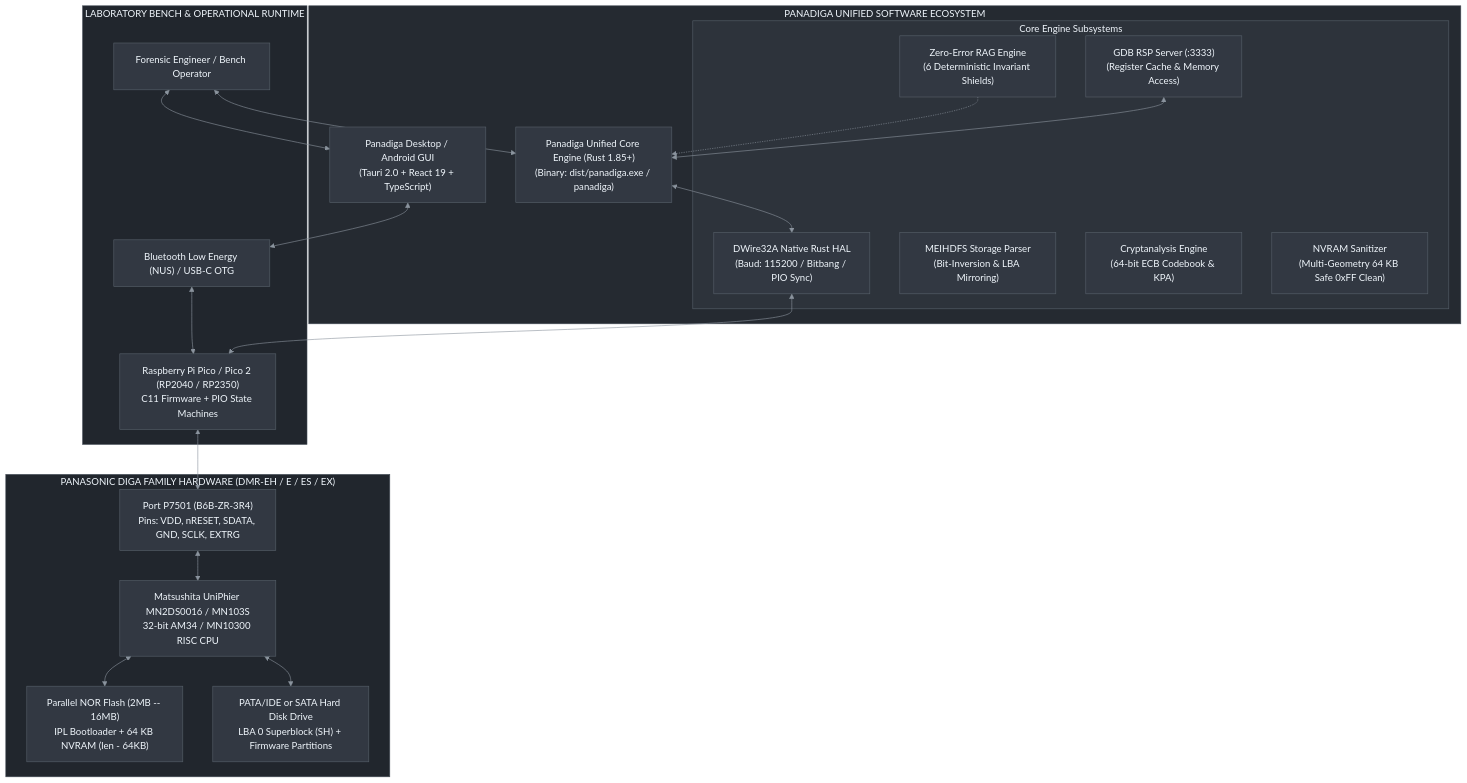
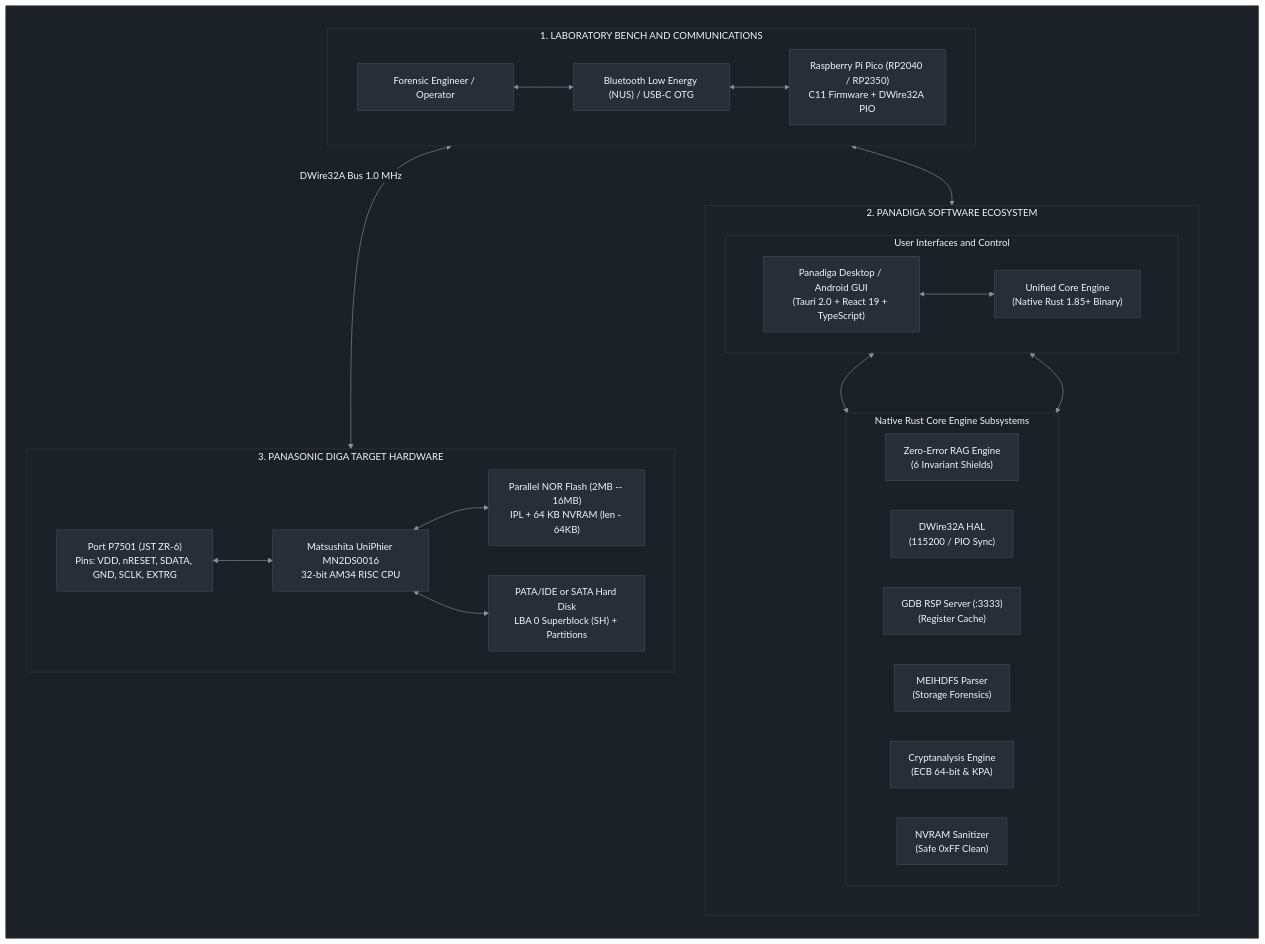
The diagram in README.md (danielchrono/Panadiga), drawn with Mermaid before and after one commit. The commit also changed 7 other files, not shown here.

Commit message:
style(docs): homogeneous grey mermaid canvas, neutral auditor naming, and file cleanups

````diff
--- a/README.md
+++ b/README.md
@@ -41,68 +41,77 @@
 ```mermaid
 %%{init: {
   'theme': 'base',
   'themeVariables': {
-    'background': '#21262d',
-    'primaryColor': '#2d333b',
+    'background': '#1c2128',
+    'primaryColor': '#282e37',
     'primaryTextColor': '#f0f6fc',
     'primaryBorderColor': '#444c56',
     'lineColor': '#8b949e',
     'secondaryColor': '#1c2128',
-    'tertiaryColor': '#252a31',
-    'clusterBkg': '#21262d',
-    'clusterBorder': '#444c56',
+    'tertiaryColor': '#1c2128',
+    'clusterBkg': '#1c2128',
+    'clusterBorder': '#30363d',
     'defaultLinkColor': '#8b949e',
     'titleColor': '#f0f6fc',
-    'edgeLabelBackground': '#21262d'
+    'edgeLabelBackground': '#1c2128'
   }
 }}%%
 flowchart TD
-    subgraph LAB_BENCH["LABORATORY BENCH & OPERATIONAL RUNTIME"]
-        USER["Forensic Engineer / Bench Operator"]
-        PICO["Raspberry Pi Pico / Pico 2 (RP2040 / RP2350)<br/>C11 Firmware + PIO State Machines"]
-        BLE["Bluetooth Low Energy (NUS) / USB-C OTG"]
+    subgraph MASTER[" "]
+        direction TB
+
+        subgraph LAB_BENCH["1. LABORATORY BENCH AND COMMUNICATIONS"]
+            direction LR
+            USER["Forensic Engineer / Operator"]
+            BLE["Bluetooth Low Energy (NUS) / USB-C OTG"]
+            PICO["Raspberry Pi Pico (RP2040 / RP2350)<br/>C11 Firmware + DWire32A PIO"]
+            USER <--> BLE <--> PICO
+        end
+
+        subgraph SOFTWARE_SUITE["2. PANADIGA SOFTWARE ECOSYSTEM"]
+            direction TB
+            subgraph UI_TIER["User Interfaces and Control"]
+                direction LR
+                GUI["Panadiga Desktop / Android GUI<br/>(Tauri 2.0 + React 19 + TypeScript)"]
+                CLI["Unified Core Engine<br/>(Native Rust 1.85+ Binary)"]
+                GUI <--> CLI
+            end
+
+            subgraph CORE_MODULES["Native Rust Core Engine Subsystems"]
+                direction LR
+                RAG["Zero-Error RAG Engine<br/>(6 Invariant Shields)"]
+                DW_HAL["DWire32A HAL<br/>(115200 / PIO Sync)"]
+                GDB_SRV["GDB RSP Server (:3333)<br/>(Register Cache)"]
+                MEIHDFS["MEIHDFS Parser<br/>(Storage Forensics)"]
+                CRYPTO["Cryptanalysis Engine<br/>(ECB 64-bit & KPA)"]
+                NVRAM["NVRAM Sanitizer<br/>(Safe 0xFF Clean)"]
+            end
+        end
+
+        subgraph TARGET_HARDWARE["3. PANASONIC DIGA TARGET HARDWARE"]
+            direction LR
+            P7501["Port P7501 (JST ZR-6)<br/>Pins: VDD, nRESET, SDATA, GND, SCLK, EXTRG"]
+            AM34["Matsushita UniPhier MN2DS0016<br/>32-bit AM34 RISC CPU"]
+            FLASH["Parallel NOR Flash (2MB -- 16MB)<br/>IPL + 64 KB NVRAM (len - 64KB)"]
+            HDD["PATA/IDE or SATA Hard Disk<br/>LBA 0 Superblock (SH) + Partitions"]
+            P7501 <--> AM34
+            AM34 <--> FLASH
+            AM34 <--> HDD
+        end
+
+        PICO <-->|"DWire32A Bus 1.0 MHz"| P7501
+        UI_TIER <--> CORE_MODULES
+        BLE <--> GUI
+        CLI <--> DW_HAL
     end
 
-    subgraph PANADIGA_SUITE["PANADIGA UNIFIED SOFTWARE ECOSYSTEM"]
-        GUI["Panadiga Desktop / Android GUI<br/>(Tauri 2.0 + React 19 + TypeScript)"]
-        CLI["Panadiga Unified Core Engine (Rust 1.85+)<br/>(Binary: dist/panadiga.exe / panadiga)"]
-        
-        subgraph CORE_MODULES["Core Engine Subsystems"]
-            RAG["Zero-Error RAG Engine<br/>(6 Deterministic Invariant Shields)"]
-            DW_HAL["DWire32A Native Rust HAL<br/>(Baud: 115200 / Bitbang / PIO Sync)"]
-            GDB_SRV["GDB RSP Server (:3333)<br/>(Register Cache & Memory Access)"]
-            MEIHDFS["MEIHDFS Storage Parser<br/>(Bit-Inversion & LBA Mirroring)"]
-            CRYPTO["Cryptanalysis Engine<br/>(64-bit ECB Codebook & KPA)"]
-            NVRAM["NVRAM Sanitizer<br/>(Multi-Geometry 64 KB Safe 0xFF Clean)"]
-        end
-    end
+    style MASTER fill:#1c2128,stroke:#30363d,stroke-width:1px
+    style LAB_BENCH fill:#1c2128,stroke:#30363d,stroke-width:1px,color:#f0f6fc
+    style SOFTWARE_SUITE fill:#1c2128,stroke:#30363d,stroke-width:1px,color:#f0f6fc
+    style UI_TIER fill:#1c2128,stroke:#30363d,stroke-width:1px,color:#f0f6fc
+    style CORE_MODULES fill:#1c2128,stroke:#30363d,stroke-width:1px,color:#f0f6fc
+    style TARGET_HARDWARE fill:#1c2128,stroke:#30363d,stroke-width:1px,color:#f0f6fc
 
-    subgraph TARGET_HARDWARE["PANASONIC DIGA FAMILY HARDWARE (DMR-EH / E / ES / EX)"]
-        P7501["Port P7501 (B6B-ZR-3R4)<br/>Pins: VDD, nRESET, SDATA, GND, SCLK, EXTRG"]
-        AM34["Matsushita UniPhier MN2DS0016 / MN103S<br/>32-bit AM34 / MN10300 RISC CPU"]
-        FLASH["Parallel NOR Flash (2MB -- 16MB)<br/>IPL Bootloader + 64 KB NVRAM (len - 64KB)"]
-        HDD["PATA/IDE or SATA Hard Disk Drive<br/>LBA 0 Superblock (SH) + Firmware Partitions"]
-    end
-
-    USER <--> GUI
-    USER <--> CLI
-    GUI <--> BLE
-    CLI <--> DW_HAL
-    BLE <--> PICO
-    PICO <--> P7501
-    P7501 <--> AM34
-    AM34 <--> FLASH
-    AM34 <--> HDD
-
-    GDB_SRV <--> CLI
-    DW_HAL <--> PICO
-    RAG -.-> CLI
-
-    style LAB_BENCH fill:#21262d,stroke:#444c56,stroke-width:1px,color:#f0f6fc
-    style PANADIGA_SUITE fill:#252a31,stroke:#444c56,stroke-width:1px,color:#f0f6fc
-    style CORE_MODULES fill:#2d333b,stroke:#57606a,stroke-width:1px,color:#f0f6fc
-    style TARGET_HARDWARE fill:#21262d,stroke:#444c56,stroke-width:1px,color:#f0f6fc
-
-    classDef greyBox fill:#323842,stroke:#57606a,color:#f0f6fc,stroke-width:1px;
-    class USER,PICO,BLE,GUI,CLI,RAG,DW_HAL,GDB_SRV,MEIHDFS,CRYPTO,NVRAM,P7501,AM34,FLASH,HDD greyBox;
+    classDef greyBox fill:#282e37,stroke:#444c56,color:#f0f6fc,stroke-width:1px;
+    class USER,BLE,PICO,GUI,CLI,RAG,DW_HAL,GDB_SRV,MEIHDFS,CRYPTO,NVRAM,P7501,AM34,FLASH,HDD greyBox;
 ```
````
